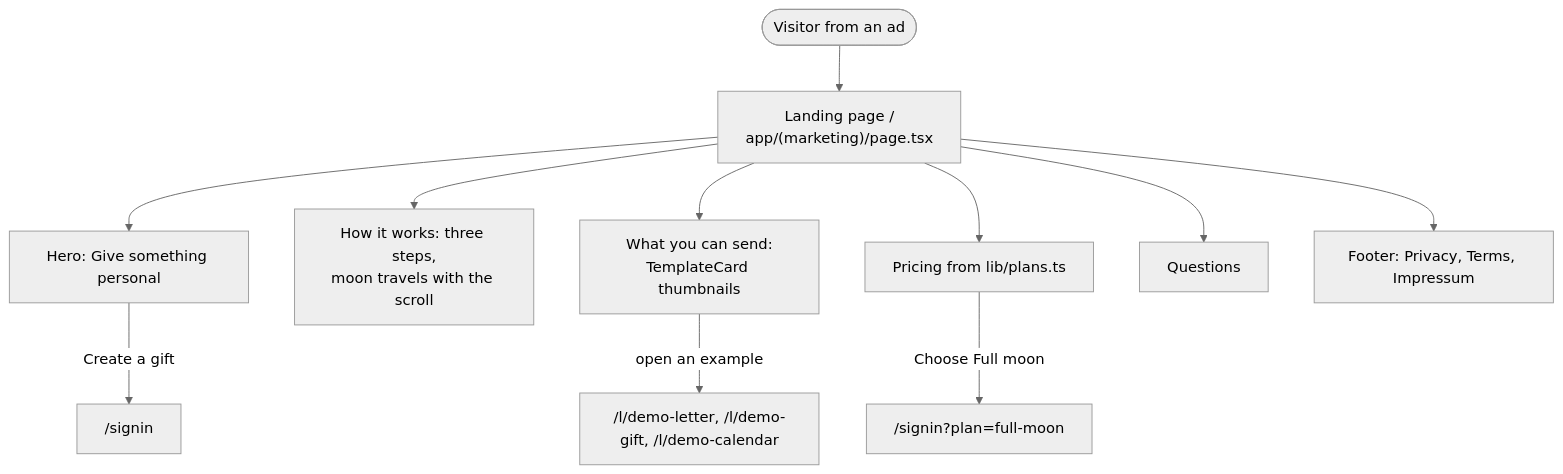
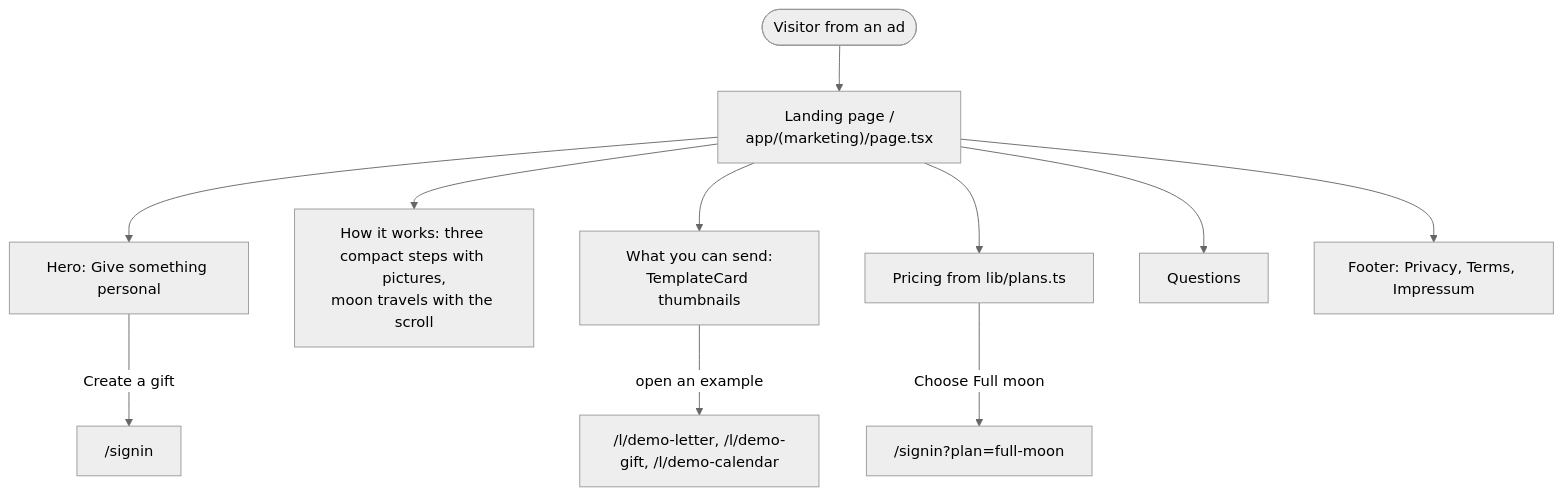
One commit to peresramirez/majnu changed the first of 2 diagrams in docs/features/landing-and-brand.md. Above: the diagram before and after it, drawn with Mermaid (neutral theme). The commit also changed other lines of this file, not shown here.

First line of the commit message:
Document the compact How it works section

````diff
--- a/docs/features/landing-and-brand.md
+++ b/docs/features/landing-and-brand.md
@@ -9,13 +9,13 @@
 ```mermaid
 flowchart TD
   ad(["Visitor from an ad"]) --> landing["Landing page /<br/>app/(marketing)/page.tsx"]
   landing --> hero["Hero: Give something personal"]
-  landing --> how["How it works: three steps,<br/>moon travels with the scroll"]
+  landing --> how["How it works: three compact steps with pictures,<br/>moon travels with the scroll"]
   landing --> send["What you can send:<br/>TemplateCard thumbnails"]
   landing --> pricing["Pricing from lib/plans.ts"]
   landing --> faq["Questions"]
   send -->|"open an example"| demo["/l/demo-letter, /l/demo-gift, /l/demo-calendar"]
   hero -->|"Create a gift"| signin["/signin"]
   pricing -->|"Choose Full moon"| signinPlan["/signin?plan=full-moon"]
   landing --> footer["Footer: Privacy, Terms, Impressum"]
 ```
````
